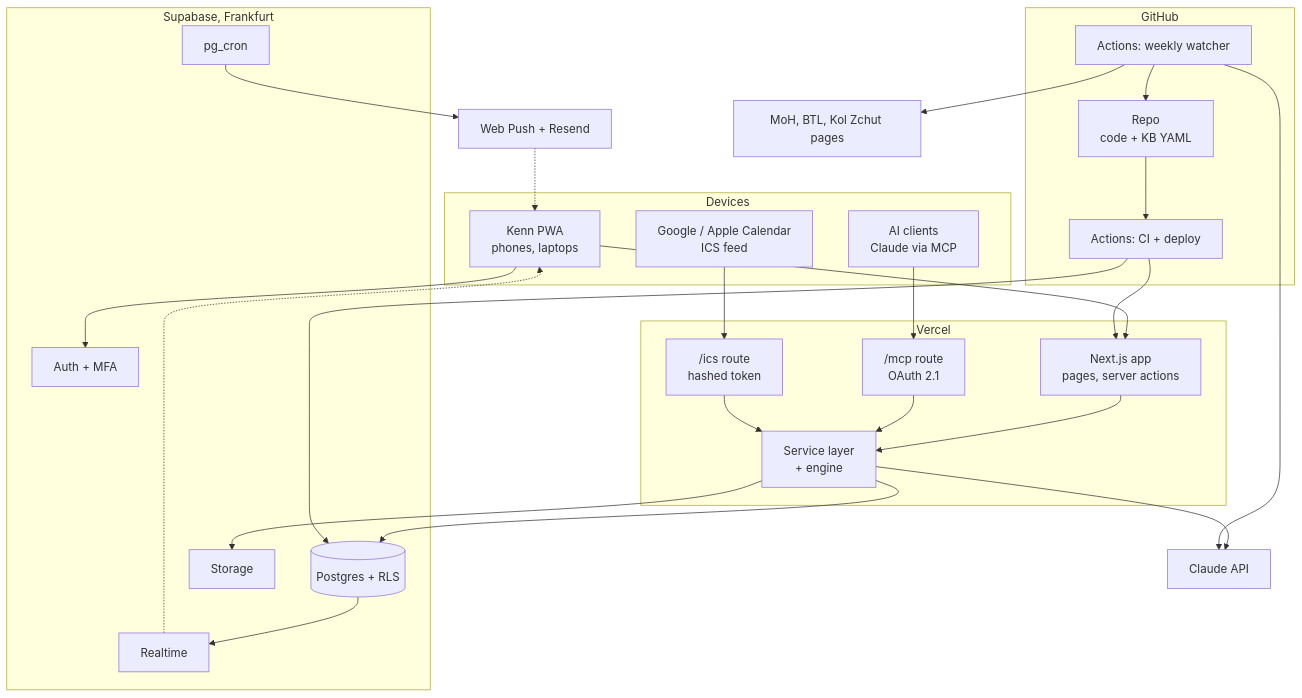
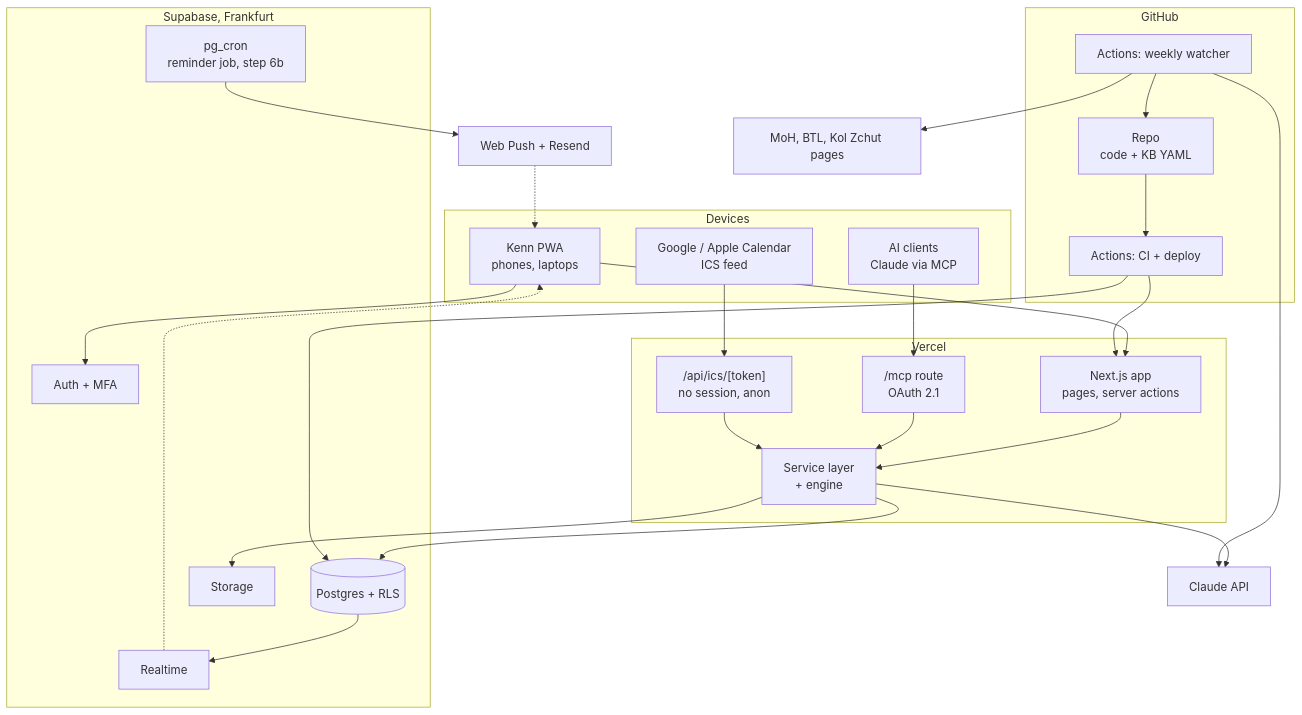
Before and after one commit to DorFerenc/Kenn: the first of 12 diagrams in docs/architecture.md, drawn with Mermaid. The commit also changed other lines of this file and 6 other files, not shown here.

````diff
--- a/docs/architecture.md
+++ b/docs/architecture.md
@@ -101,50 +103,50 @@
 ```mermaid
 flowchart TB
   subgraph Devices["Devices"]
     PWA["Kenn PWA<br/>phones, laptops"]
     AIC["AI clients<br/>Claude via MCP"]
     CAL["Google / Apple Calendar<br/>ICS feed"]
   end
   subgraph Vercel["Vercel"]
     WEB["Next.js app<br/>pages, server actions"]
     MCP["/mcp route<br/>OAuth 2.1"]
-    ICS["/ics route<br/>hashed token"]
+    ICS["/api/ics/[token]<br/>no session, anon"]
     SVC["Service layer<br/>+ engine"]
   end
   subgraph Supabase["Supabase, Frankfurt"]
     AUTH["Auth + MFA"]
     PG[("Postgres + RLS")]
     RT["Realtime"]
     ST["Storage"]
-    CRON["pg_cron"]
+    CRON["pg_cron<br/>reminder job, step 6b"]
   end
   subgraph GitHub["GitHub"]
     REPO["Repo<br/>code + KB YAML"]
     CI["Actions: CI + deploy"]
     WATCH["Actions: weekly watcher"]
   end
   EXT["Claude API"]
   PUSH["Web Push + Resend"]
   GOV["MoH, BTL, Kol Zchut pages"]
 
   PWA --> WEB
   AIC --> MCP
   CAL --> ICS
   WEB --> SVC
   MCP --> SVC
   ICS --> SVC
   SVC --> PG
   SVC --> ST
   SVC --> EXT
   PWA --> AUTH
   RT -.-> PWA
   PG --> RT
   CRON --> PUSH
   PUSH -.-> PWA
   REPO --> CI
   CI --> WEB
   CI --> PG
   WATCH --> GOV
   WATCH --> EXT
   WATCH --> REPO
 ```
````
